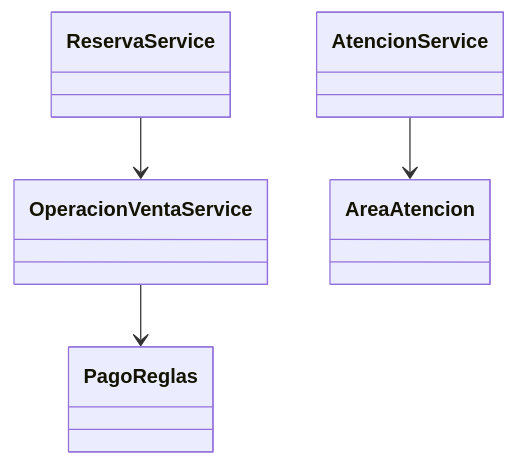
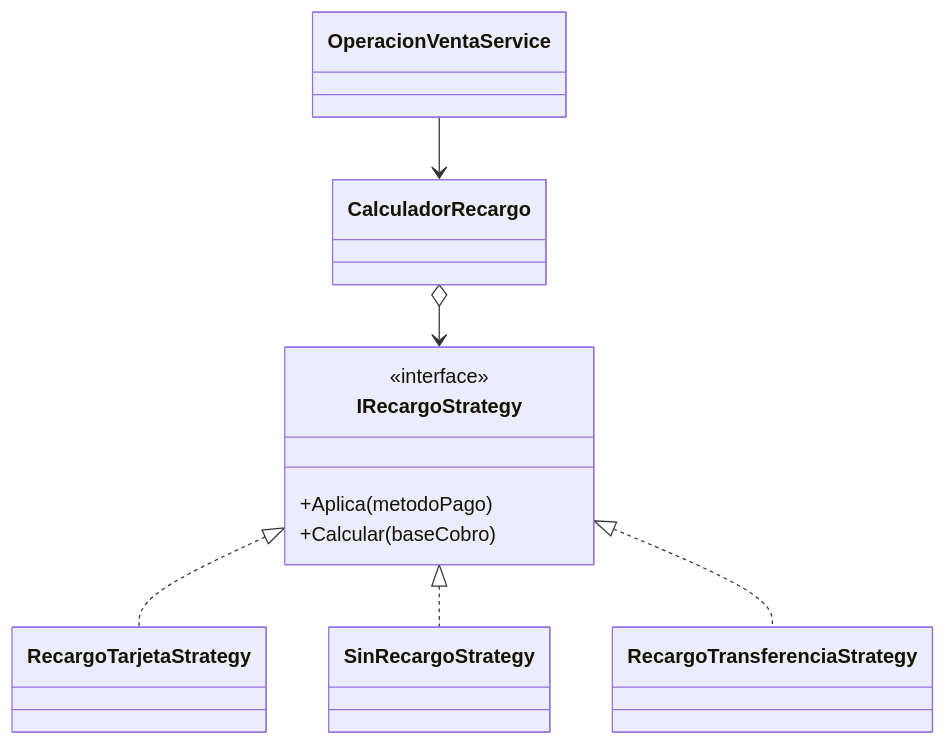
One commit to KhipuSys/petmor-sistema-veterinaria-spa changed the first of 2 diagrams in Docs/06_ABIERTO_CERRADO.md. Above: the diagram before and after it, drawn with Mermaid. The commit also changed other lines of this file and 2 other files, not shown here.

Commit message:
docs: expand OCP strategy example

````diff
--- a/Docs/06_ABIERTO_CERRADO.md
+++ b/Docs/06_ABIERTO_CERRADO.md
@@ -38,11 +121,18 @@
 ```mermaid
 classDiagram
-    class AtencionService
-    class ReservaService
+    class IRecargoStrategy {
+        <<interface>>
+        +Aplica(metodoPago)
+        +Calcular(baseCobro)
+    }
+    class RecargoTarjetaStrategy
+    class SinRecargoStrategy
+    class RecargoTransferenciaStrategy
+    class CalculadorRecargo
     class OperacionVentaService
-    class AreaAtencion
-    class PagoReglas
-    AtencionService --> AreaAtencion
-    ReservaService --> OperacionVentaService
-    OperacionVentaService --> PagoReglas
+    IRecargoStrategy <|.. RecargoTarjetaStrategy
+    IRecargoStrategy <|.. SinRecargoStrategy
+    IRecargoStrategy <|.. RecargoTransferenciaStrategy
+    CalculadorRecargo o--> IRecargoStrategy
+    OperacionVentaService --> CalculadorRecargo
 ```
````
